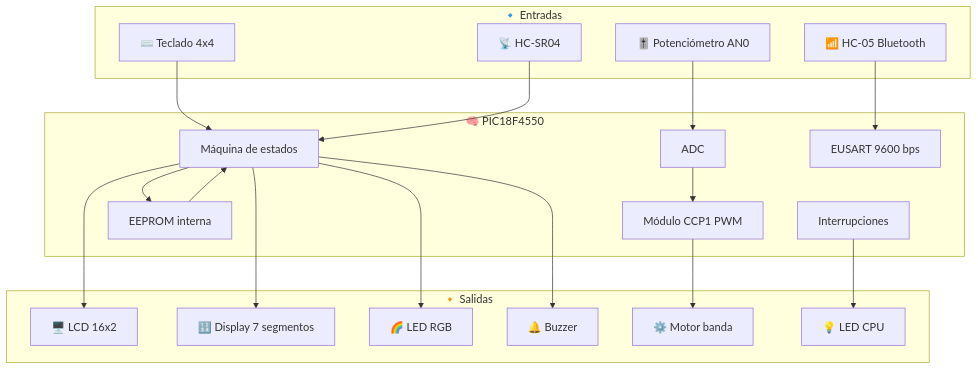
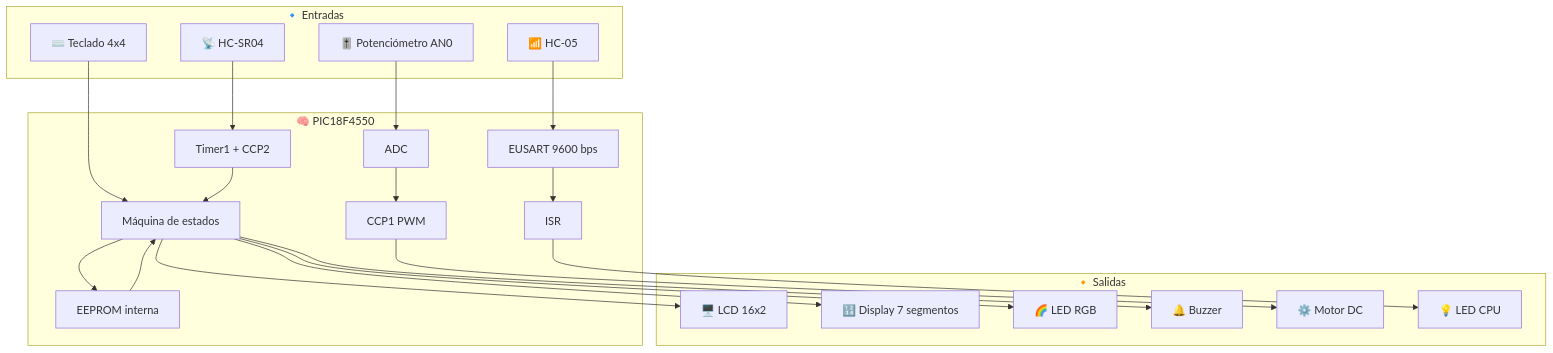
Before and after one commit to samsanchezcar/PIC-Conveyor: the first of 15 diagrams in README.md, drawn with Mermaid. The commit also changed other lines of this file, not shown here.

````diff
--- a/README.md
+++ b/README.md
@@ -145,42 +158,45 @@
 ```mermaid
 flowchart TB
     subgraph INPUTS["🔹 Entradas"]
         KP[⌨️ Teclado 4x4]
         POT[🎚️ Potenciómetro AN0]
         US[📡 HC-SR04]
-        BT[📶 HC-05 Bluetooth]
+        BT[📶 HC-05]
     end
 
     subgraph MCU["🧠 PIC18F4550"]
         FSM[Máquina de estados]
         ADC[ADC]
-        PWM[Módulo CCP1 PWM]
+        PWM[CCP1 PWM]
         UART[EUSART 9600 bps]
-        EEPROM[EEPROM interna]
-        INT[Interrupciones]
+        CAP[Timer1 + CCP2]
+        MEM[EEPROM interna]
+        ISR[ISR]
     end
 
     subgraph OUTPUTS["🔸 Salidas"]
         LCD[🖥️ LCD 16x2]
         DISP[🔢 Display 7 segmentos]
         RGB[🌈 LED RGB]
         BZ[🔔 Buzzer]
-        MOTOR[⚙️ Motor banda]
+        MOTOR[⚙️ Motor DC]
         LEDCPU[💡 LED CPU]
     end
 
     KP --> FSM
     POT --> ADC
-    US --> FSM
+    US --> CAP
     BT --> UART
 
     ADC --> PWM
+    CAP --> FSM
+    UART --> ISR
     FSM --> LCD
     FSM --> DISP
     FSM --> RGB
     FSM --> BZ
     PWM --> MOTOR
-    INT --> LEDCPU
-    FSM --> EEPROM
-    EEPROM --> FSM
+    ISR --> LEDCPU
+    FSM --> MEM
+    MEM --> FSM
 ```
````
